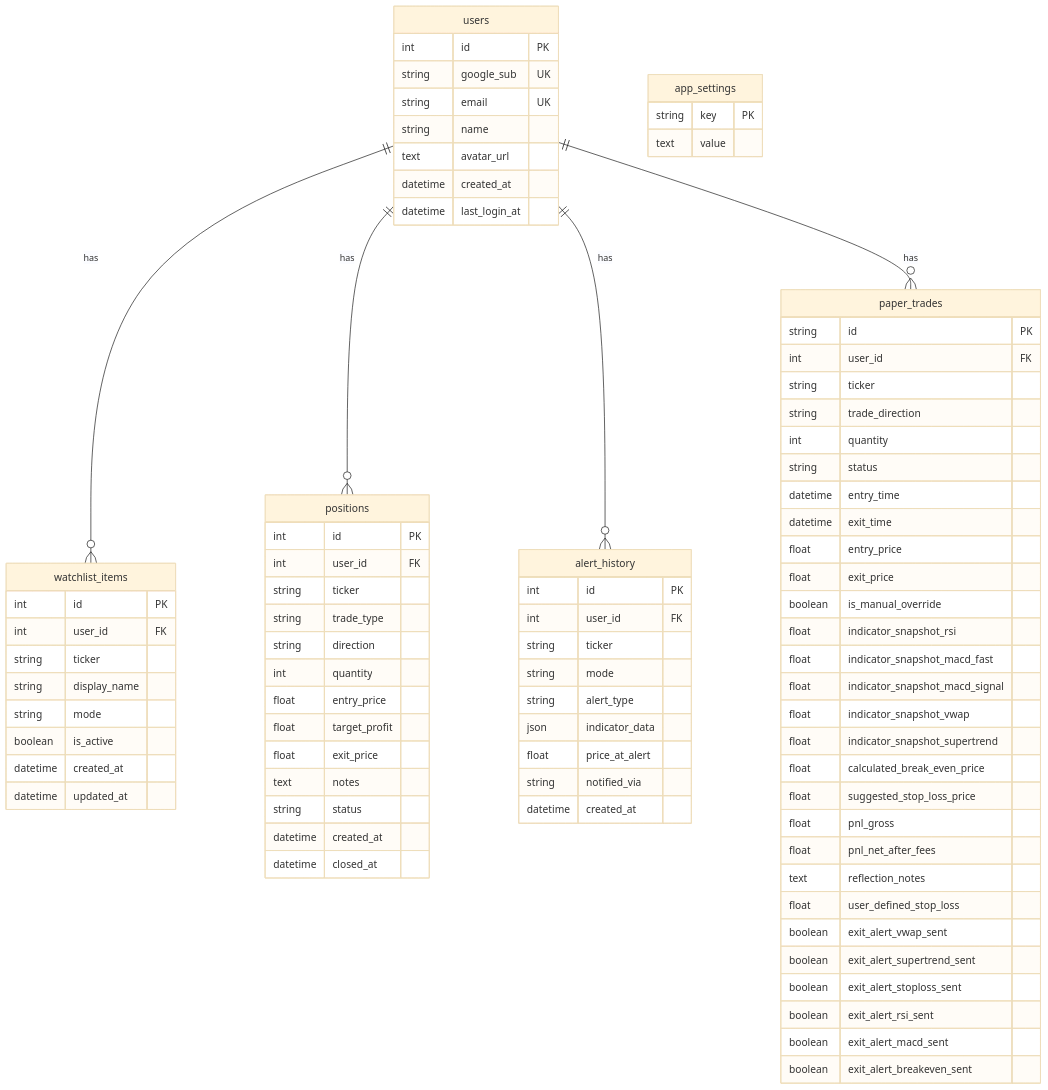
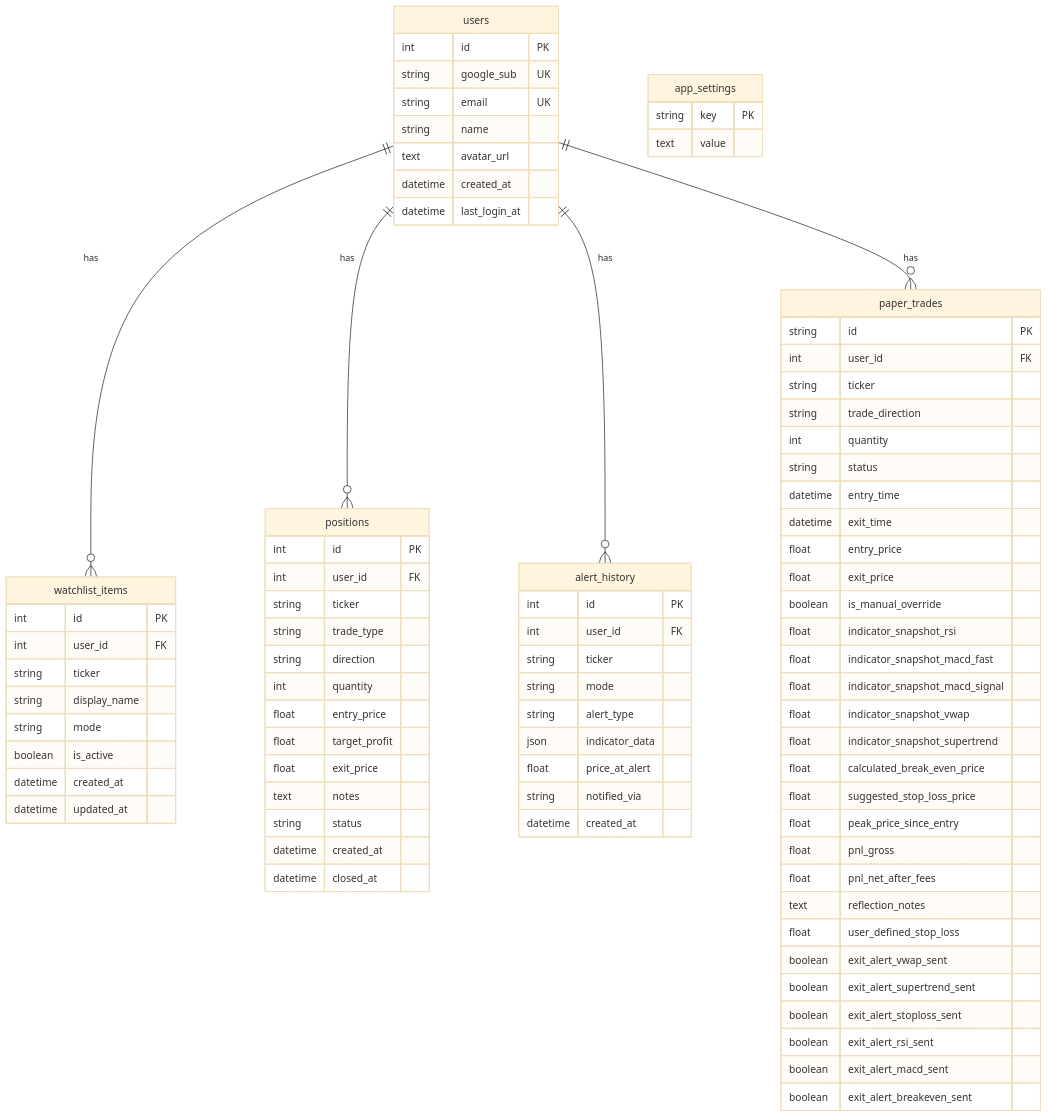
Before and after one commit to Adit1414/TradeSentinel: the second of 5 diagrams in TradeSentinel_Complete_Documentation.md, drawn with Mermaid (base theme). The commit also changed other lines of this file and 11 other files, not shown here.

```diff
--- a/TradeSentinel_Complete_Documentation.md
+++ b/TradeSentinel_Complete_Documentation.md
@@ -984,6 +984,7 @@
         float indicator_snapshot_supertrend
         float calculated_break_even_price
         float suggested_stop_loss_price
+        float peak_price_since_entry
         float pnl_gross
         float pnl_net_after_fees
         text reflection_notes
```
